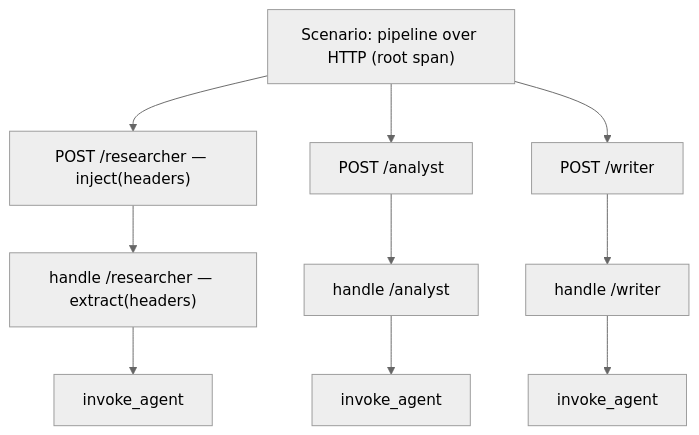
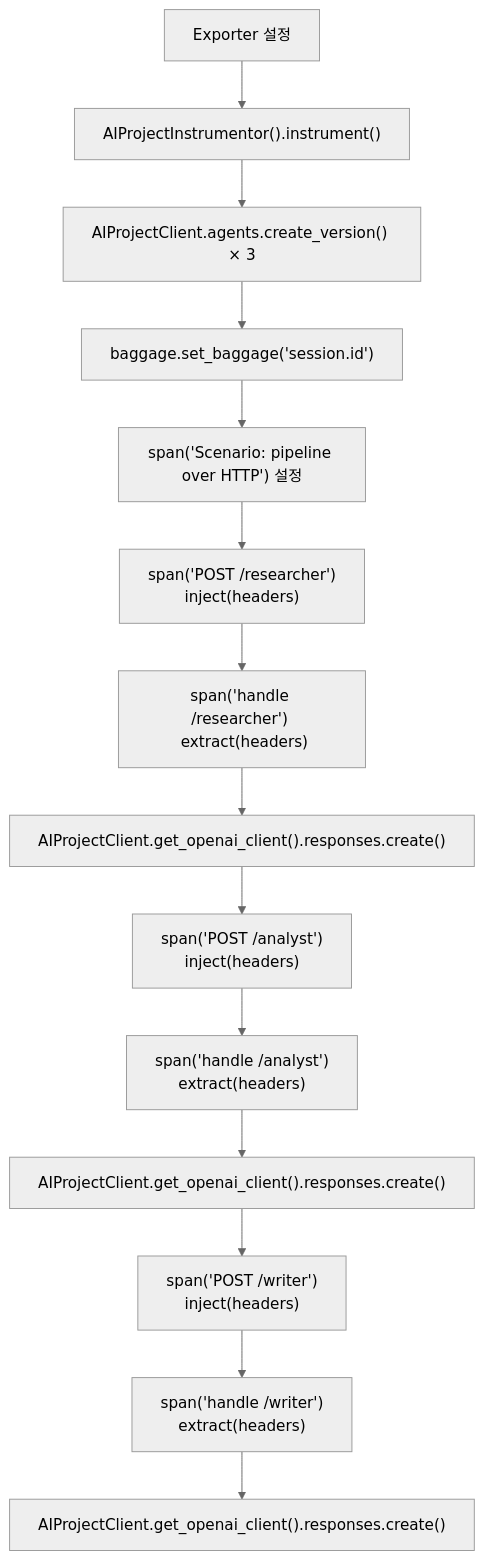
One commit to ivorycloud1013/lab-azure-hol-ai-services changed diagram 15 of 16 in python/README.md. Above: the diagram before and after it, drawn with Mermaid. The commit also changed other lines of this file and 3 other files, not shown here.

````diff
--- a/python/README.md
+++ b/python/README.md
@@ -714,10 +722,5 @@
 ```mermaid
 %%{init: {"theme": "neutral"}}%%
 flowchart TB
-    ROOT["Scenario: pipeline over HTTP (root span)"] --> P1["POST /researcher — inject(headers)"]
-    ROOT --> P2["POST /analyst"]
-    ROOT --> P3["POST /writer"]
-    P1 --> H1["handle /researcher — extract(headers)"] --> I1["invoke_agent"]
-    P2 --> H2["handle /analyst"] --> I2["invoke_agent"]
-    P3 --> H3["handle /writer"] --> I3["invoke_agent"]
+    SETUP["Exporter 설정"] --> INST["AIProjectInstrumentor().instrument()"] --> C["AIProjectClient.agents.create_version() × 3"] --> BAG["baggage.set_baggage('session.id')"] --> ROOT["span('Scenario: pipeline over HTTP') 설정"] --> P1["span('POST /researcher') </br> inject(headers)"] --> H1["span('handle /researcher') </br> extract(headers)"] --> I1["AIProjectClient.get_openai_client().responses.create()"] --> P2["span('POST /analyst') </br> inject(headers)"] --> H2["span('handle /analyst') </br> extract(headers)"] --> I2["AIProjectClient.get_openai_client().responses.create()"] --> P3["span('POST /writer') </br> inject(headers)"] --> H3["span('handle /writer') </br> extract(headers)"] --> I3["AIProjectClient.get_openai_client().responses.create()"]
 ```
````
